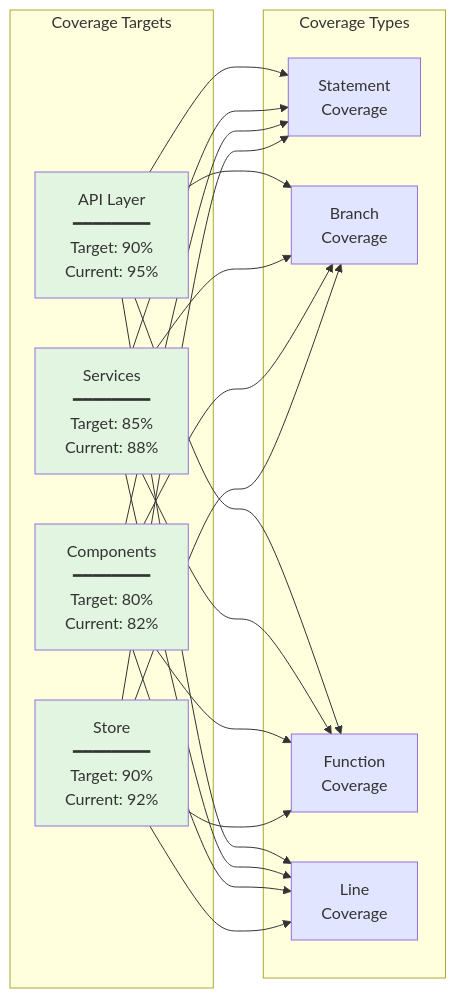
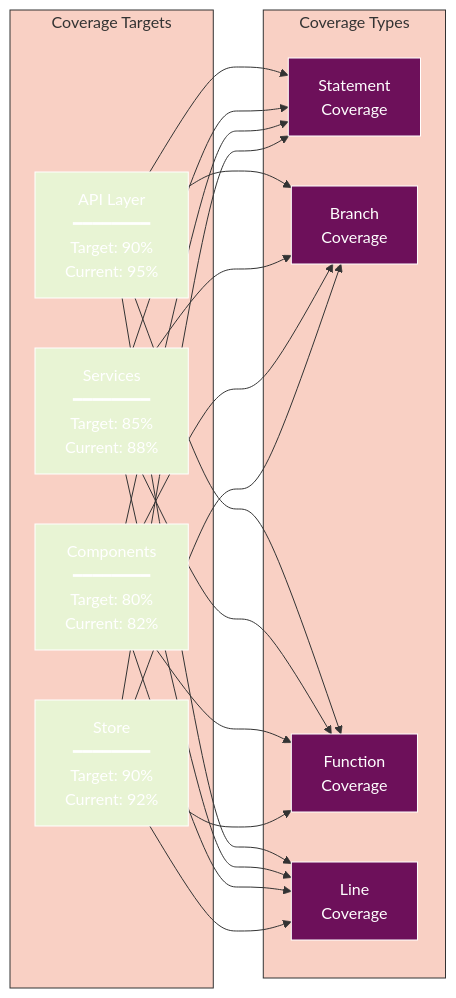
Before and after one commit to radicalkjax/Athena: the third of 4 diagrams in docs/testing/README.md, drawn with Mermaid. The commit also changed other lines of this file and 27 other files, not shown here.

Commit message:
Introduction of expo package manager. Updated docs to reflect changes. Unified mermaid theme for docs.

````diff
--- a/docs/testing/README.md
+++ b/docs/testing/README.md
@@ -146,45 +188,66 @@
 ```mermaid
+%%{init: {
+  'theme': 'base',
+  'themeVariables': {
+    'primaryColor': '#6d105a',
+    'primaryTextColor': '#ffffff',
+    'primaryBorderColor': '#ffffff',
+    'lineColor': '#333333',
+    'secondaryColor': '#e8f4d4',
+    'secondaryTextColor': '#333333',
+    'secondaryBorderColor': '#333333',
+    'tertiaryColor': '#f9d0c4',
+    'tertiaryTextColor': '#333333',
+    'tertiaryBorderColor': '#333333',
+    'background': '#ffffff',
+    'mainBkg': '#6d105a',
+    'secondBkg': '#e8f4d4',
+    'tertiaryBkg': '#f9d0c4',
+    'textColor': '#333333',
+    'fontFamily': 'Arial, sans-serif'
+  }
+}}%%
 graph LR
     subgraph "Coverage Targets"
         API[API Layer<br/>━━━━━━━━<br/>Target: 90%<br/>Current: 95%]
         SERVICES[Services<br/>━━━━━━━━<br/>Target: 85%<br/>Current: 88%]
         COMPONENTS[Components<br/>━━━━━━━━<br/>Target: 80%<br/>Current: 82%]
         STORE[Store<br/>━━━━━━━━<br/>Target: 90%<br/>Current: 92%]
     end
     
     subgraph "Coverage Types"
         STMT[Statement<br/>Coverage]
         BRANCH[Branch<br/>Coverage]
         FUNC[Function<br/>Coverage]
         LINE[Line<br/>Coverage]
     end
     
     API --> STMT
     API --> BRANCH
     API --> FUNC
     API --> LINE
     
     SERVICES --> STMT
     SERVICES --> BRANCH
     SERVICES --> FUNC
     SERVICES --> LINE
     
     COMPONENTS --> STMT
     COMPONENTS --> BRANCH
     COMPONENTS --> FUNC
     COMPONENTS --> LINE
     
     STORE --> STMT
     STORE --> BRANCH
     STORE --> FUNC
     STORE --> LINE
     
-    style API fill:#e1f5e1
-    style SERVICES fill:#e1f5e1
-    style COMPONENTS fill:#e1f5e1
-    style STORE fill:#e1f5e1
-    style STMT fill:#e1e5ff
-    style BRANCH fill:#e1e5ff
-    style FUNC fill:#e1e5ff
-    style LINE fill:#e1e5ff
+    style API fill:#e8f4d4
+    style SERVICES fill:#e8f4d4
+    style COMPONENTS fill:#e8f4d4
+    style STORE fill:#e8f4d4
+    style STMT fill:#6d105a
+    style BRANCH fill:#6d105a
+    style FUNC fill:#6d105a
+    style LINE fill:#6d105a
 ```
````
